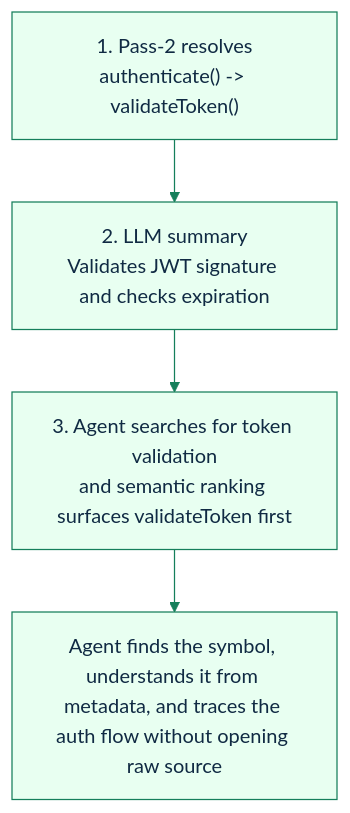
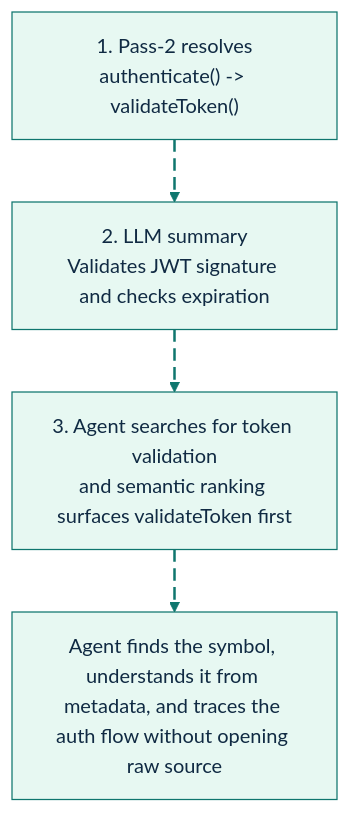
One commit to GlitterKill/sdl-mcp changed diagram 13 of 13 in docs/feature-deep-dives/semantic-engine.md. Above: the diagram before and after it, drawn with Mermaid. The commit also changed other lines of this file and 33 other files, not shown here.

First line of the commit message:
docs: update mermaid diagram themes and styling across documentation

````diff
--- a/docs/feature-deep-dives/semantic-engine.md
+++ b/docs/feature-deep-dives/semantic-engine.md
@@ -961,10 +1071,18 @@
 ```mermaid
-%%{init: {"theme":"base","themeVariables":{"primaryColor":"#e8fff1","primaryBorderColor":"#157f5b","primaryTextColor":"#102a43","secondaryColor":"#eef6ff","secondaryBorderColor":"#2563eb","tertiaryColor":"#fff4d6","tertiaryBorderColor":"#b45309","lineColor":"#157f5b","fontFamily":"Trebuchet MS, Arial"},"flowchart":{"curve":"basis"}}}%%
+%%{init: {"theme":"base","themeVariables":{"background":"#ffffff","primaryColor":"#E7F8F2","primaryBorderColor":"#0F766E","primaryTextColor":"#102A43","secondaryColor":"#E8F1FF","secondaryBorderColor":"#2563EB","secondaryTextColor":"#102A43","tertiaryColor":"#FFF4D6","tertiaryBorderColor":"#B45309","tertiaryTextColor":"#102A43","lineColor":"#0F766E","textColor":"#102A43","fontFamily":"Inter, ui-sans-serif, system-ui, -apple-system, BlinkMacSystemFont, Segoe UI, sans-serif"},"flowchart":{"curve":"basis","htmlLabels":true}}}%%
 flowchart TD
-    Pass2["1. Pass-2 resolves
-authenticate() -> validateToken()"] --> Summary["2. LLM summary
+    Pass2["1. Pass-2 resolves<br/>authenticate() -&gt; validateToken()"] e1@--> Summary["2. LLM summary
 Validates JWT signature and checks expiration"]
-    Summary --> Search["3. Agent searches for token validation
+    Summary e2@--> Search["3. Agent searches for token validation
 and semantic ranking surfaces validateToken first"]
-    Search --> Outcome["Agent finds the symbol, understands it from metadata, and traces the auth flow without opening raw source"]
+    Search e3@--> Outcome["Agent finds the symbol, understands it from metadata, and traces the auth flow without opening raw source"]
+
+    classDef source fill:#E7F8F2,stroke:#0F766E,stroke-width:2px,color:#102A43;
+    classDef process fill:#E8F1FF,stroke:#2563EB,stroke-width:2px,color:#102A43;
+    classDef decision fill:#FFF4D6,stroke:#B45309,stroke-width:2px,color:#102A43;
+    classDef storage fill:#F2E8FF,stroke:#7C3AED,stroke-width:2px,color:#102A43;
+    classDef output fill:#FFE8EF,stroke:#BE123C,stroke-width:2px,color:#102A43;
+    classDef muted fill:#F8FAFC,stroke:#64748B,stroke-width:1px,color:#102A43;
+    classDef animate stroke:#0F766E,stroke-width:2px,stroke-dasharray:10\,5,stroke-dashoffset:900,animation:dash 22s linear infinite;
+    class e1,e2,e3 animate;
 ```
````
